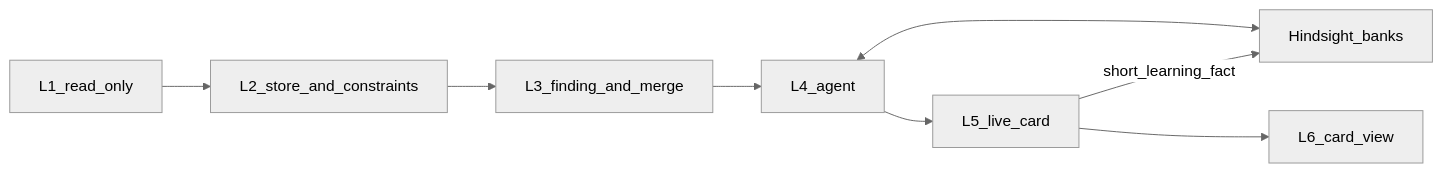
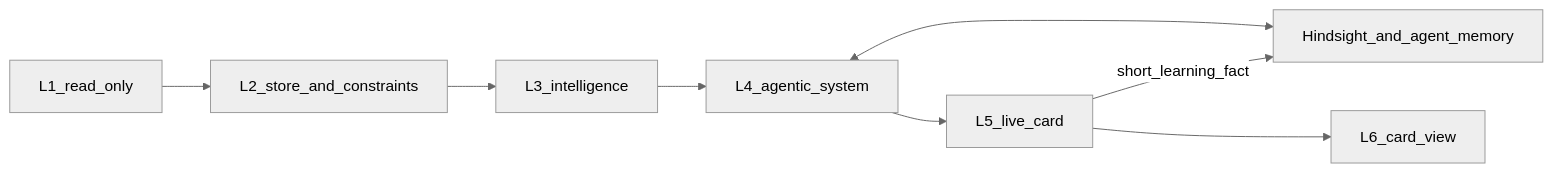
One commit to Stamped-Energy/stamped-external changed the diagram in technical/STAMPED_ARCHITECTURE.md. Above: the diagram before and after it, drawn with Mermaid (neutral theme). The commit also changed other lines of this file and 1 other file, not shown here.

First line of the commit message:
docs(architecture): frame L4 as a full agentic system and keep L3 open

````diff
--- a/technical/STAMPED_ARCHITECTURE.md
+++ b/technical/STAMPED_ARCHITECTURE.md
@@ -95,14 +101,14 @@
 ```mermaid
 flowchart LR
   l1[L1_read_only]
   l2[L2_store_and_constraints]
-  l3[L3_finding_and_merge]
-  l4[L4_agent]
-  mem[Hindsight_banks]
+  l3[L3_intelligence]
+  l4[L4_agentic_system]
+  mem[Hindsight_and_agent_memory]
   l5[L5_live_card]
   l6[L6_card_view]
   l1 --> l2 --> l3 --> l4
   l4 <--> mem
   l4 --> l5 --> l6
   l5 -->|"short_learning_fact"| mem
 ```
````
